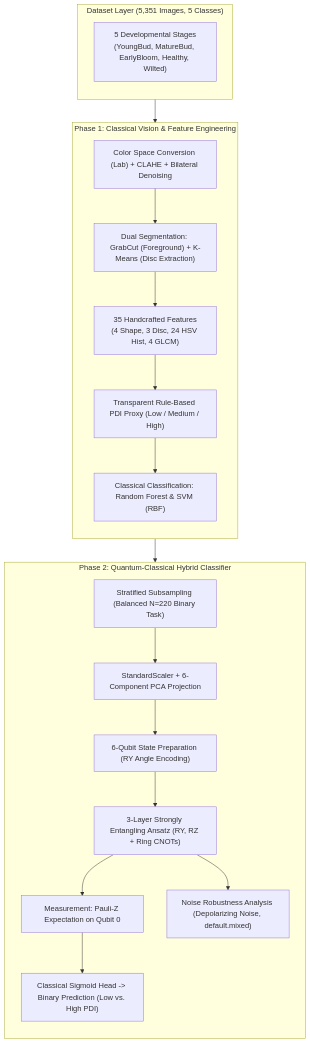
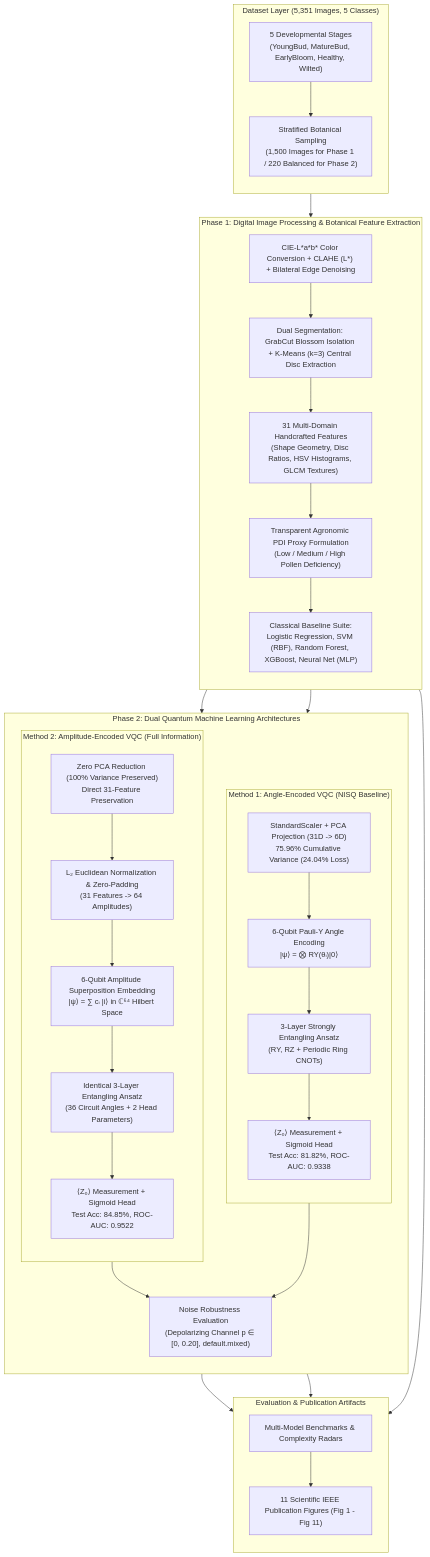
Before and after one commit to BoseBoss007/Sunflower-PDI-Quantum: the diagram in README.md, drawn with Mermaid. The commit also changed other lines of this file and 1 other file, not shown here.

Commit message:
docs: update system architecture with dual quantum paradigms, benchmarks, and publication figures

````diff
--- a/README.md
+++ b/README.md
@@ -46,40 +59,67 @@
 ```mermaid
 flowchart TD
     subgraph DataLayer ["Dataset Layer (5,351 Images, 5 Classes)"]
         direction TB
         D_ALL["5 Developmental Stages<br/>(YoungBud, MatureBud, EarlyBloom, Healthy, Wilted)"]
+        D_STRAT["Stratified Botanical Sampling<br/>(1,500 Images for Phase 1 / 220 Balanced for Phase 2)"]
     end
 
-    subgraph Phase1 ["Phase 1: Classical Vision & Feature Engineering"]
+    subgraph Phase1 ["Phase 1: Digital Image Processing & Botanical Feature Extraction"]
         direction TB
-        P1["Color Space Conversion (Lab) + CLAHE + Bilateral Denoising"]
-        P2["Dual Segmentation: GrabCut (Foreground) + K-Means (Disc Extraction)"]
-        P3["35 Handcrafted Features<br/>(4 Shape, 3 Disc, 24 HSV Hist, 4 GLCM)"]
-        P4["Transparent Rule-Based PDI Proxy (Low / Medium / High)"]
-        P5["Classical Classification: Random Forest & SVM (RBF)"]
+        P1["CIE-L*a*b* Color Conversion + CLAHE (L*) + Bilateral Edge Denoising"]
+        P2["Dual Segmentation: GrabCut Blossom Isolation + K-Means (k=3) Central Disc Extraction"]
+        P3["31 Multi-Domain Handcrafted Features<br/>(Shape Geometry, Disc Ratios, HSV Histograms, GLCM Textures)"]
+        P4["Transparent Agronomic PDI Proxy Formulation<br/>(Low / Medium / High Pollen Deficiency)"]
+        P5["Classical Baseline Suite:<br/>Logistic Regression, SVM (RBF), Random Forest, XGBoost, Neural Net (MLP)"]
     end
 
-    subgraph Phase2 ["Phase 2: Quantum-Classical Hybrid Classifier"]
+    subgraph Phase2 ["Phase 2: Dual Quantum Machine Learning Architectures"]
         direction TB
-        Q1["Stratified Subsampling (Balanced N=220 Binary Task)"]
-        Q2["StandardScaler + 6-Component PCA Projection"]
-        Q3["6-Qubit State Preparation (RY Angle Encoding)"]
-        Q4["3-Layer Strongly Entangling Ansatz (RY, RZ + Ring CNOTs)"]
-        Q5["Measurement: Pauli-Z Expectation on Qubit 0"]
-        Q6["Classical Sigmoid Head -> Binary Prediction (Low vs. High PDI)"]
-        Q7["Noise Robustness Analysis (Depolarizing Noise, default.mixed)"]
+        subgraph Method1_Arch ["Method 1: Angle-Encoded VQC (NISQ Baseline)"]
+            direction TB
+            M1_PCA["StandardScaler + PCA Projection (31D -> 6D)<br/>75.96% Cumulative Variance (24.04% Loss)"]
+            M1_ENC["6-Qubit Pauli-Y Angle Encoding<br/>|ψ⟩ = ⨂ RY(θᵢ)|0⟩"]
+            M1_VQC["3-Layer Strongly Entangling Ansatz<br/>(RY, RZ + Periodic Ring CNOTs)"]
+            M1_OUT["⟨Z₀⟩ Measurement + Sigmoid Head<br/>Test Acc: 81.82%, ROC-AUC: 0.9338"]
+        end
+
+        subgraph Method2_Arch ["Method 2: Amplitude-Encoded VQC (Full Information)"]
+            direction TB
+            M2_RAW["Zero PCA Reduction (100% Variance Preserved)<br/>Direct 31-Feature Preservation"]
+            M2_PAD["L₂ Euclidean Normalization & Zero-Padding<br/>(31 Features -> 64 Amplitudes)"]
+            M2_ENC["6-Qubit Amplitude Superposition Embedding<br/>|ψ⟩ = ∑ cᵢ |i⟩ in ℂ⁶⁴ Hilbert Space"]
+            M2_VQC["Identical 3-Layer Entangling Ansatz<br/>(36 Circuit Angles + 2 Head Parameters)"]
+            M2_OUT["⟨Z₀⟩ Measurement + Sigmoid Head<br/>Test Acc: 84.85%, ROC-AUC: 0.9522"]
+        end
+
+        Q_NOISE["Noise Robustness Evaluation<br/>(Depolarizing Channel p ∈ [0, 0.20], default.mixed)"]
     end
 
-    D_ALL --> P1
+    subgraph EvaluationLayer ["Evaluation & Publication Artifacts"]
+        direction TB
+        EVAL_BENCH["Multi-Model Benchmarks & Complexity Radars"]
+        EVAL_FIGS["11 Scientific IEEE Publication Figures (Fig 1 - Fig 11)"]
+    end
+
+    D_ALL --> D_STRAT
+    D_STRAT --> P1
     P1 --> P2
     P2 --> P3
     P3 --> P4
     P4 --> P5
-    P3 --> Q1
-    Q1 --> Q2
-    Q2 --> Q3
-    Q3 --> Q4
-    Q4 --> Q5
-    Q5 --> Q6
-    Q4 --> Q7
+    P3 --> M1_PCA
+    M1_PCA --> M1_ENC
+    M1_ENC --> M1_VQC
+    M1_VQC --> M1_OUT
+    P3 --> M2_RAW
+    M2_RAW --> M2_PAD
+    M2_PAD --> M2_ENC
+    M2_ENC --> M2_VQC
+    M2_VQC --> M2_OUT
+    M1_VQC --> Q_NOISE
+    M2_VQC --> Q_NOISE
+    M1_OUT --> EVAL_BENCH
+    M2_OUT --> EVAL_BENCH
+    P5 --> EVAL_BENCH
+    EVAL_BENCH --> EVAL_FIGS
 ```
````
